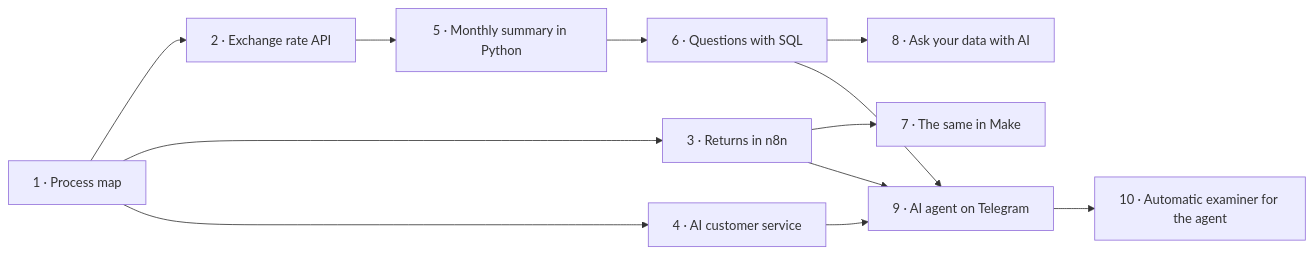
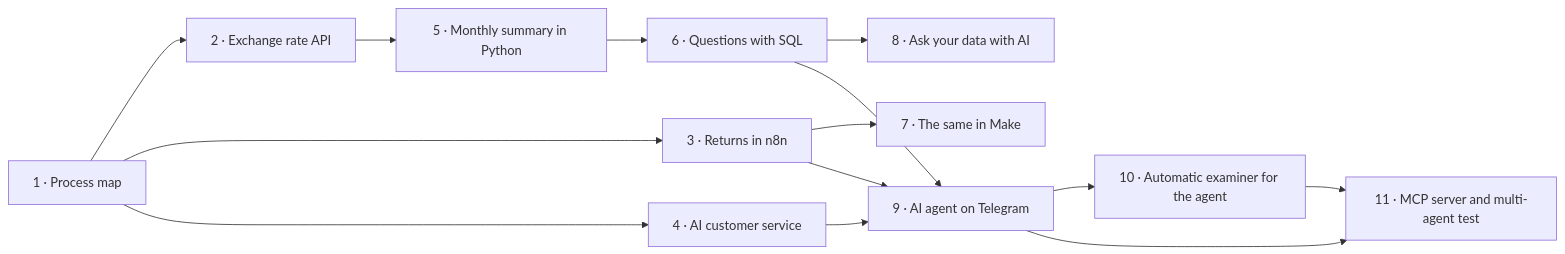
The diagram in README.md (Kairuferrin/smb-automation-portfolio), drawn with Mermaid before and after one commit. The commit also changed other lines of this file and 70 other files, not shown here.

````diff
--- a/README.md
+++ b/README.md
@@ -16,14 +16,16 @@
 ```mermaid
 flowchart LR
     P1[1 · Process map] --> P2[2 · Exchange rate API]
     P2 --> P5[5 · Monthly summary in Python]
     P5 --> P6[6 · Questions with SQL]
     P1 --> P3[3 · Returns in n8n]
     P3 --> P7[7 · The same in Make]
     P1 --> P4[4 · AI customer service]
     P6 --> P8[8 · Ask your data with AI]
     P4 --> P9[9 · AI agent on Telegram]
     P3 --> P9
     P6 --> P9
     P9 --> P10[10 · Automatic examiner for the agent]
+    P9 --> P11[11 · MCP server and multi-agent test]
+    P10 --> P11
 ```
````
